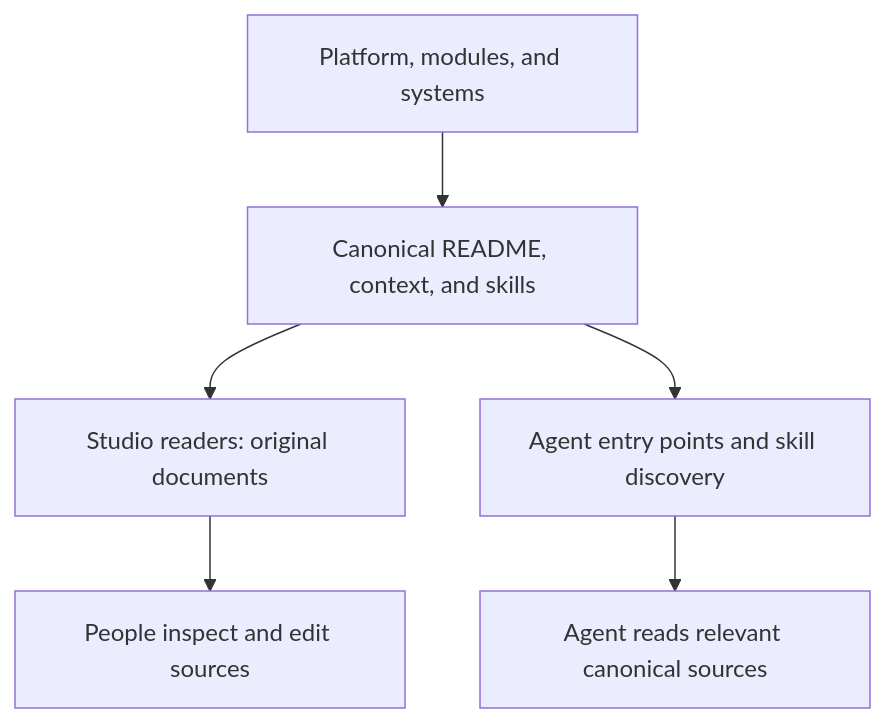
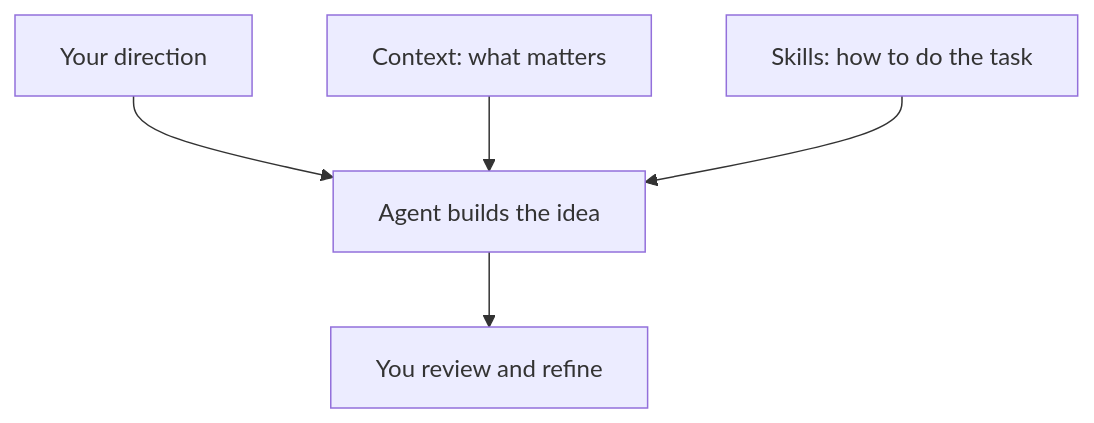
One commit to itspatmorgan/design-studio-starter changed the diagram in src/modules/documentation/pages/agent-context.md. Above: the diagram before and after it, drawn with Mermaid. The commit also changed other lines of this file and 6 other files, not shown here.

Commit message:
Write agent guidance for designers and product managers

````diff
--- a/src/modules/documentation/pages/agent-context.md
+++ b/src/modules/documentation/pages/agent-context.md
@@ -33,10 +19,9 @@
 ```mermaid
 flowchart TD
-  accTitle: One authored source with several consumers
-  accDescr: Platform, modules, and systems own canonical README, context, and skill files. Human readers and agent discovery use those sources without creating independently authored copies.
-  owners[Platform, modules, and systems] --> sources[Canonical README, context, and skills]
-  sources --> browser[Studio readers: original documents]
-  sources --> routes[Agent entry points and skill discovery]
-  browser --> people[People inspect and edit sources]
-  routes --> agent[Agent reads relevant canonical sources]
+  accTitle: Your direction, context, and skills guide the work
+  accDescr: You describe the result you want. Product context helps the agent make design decisions, and skills help it carry out the task. You review the resulting work.
+  direction[Your direction] --> agent[Agent builds the idea]
+  context[Context: what matters] --> agent
+  skills[Skills: how to do the task] --> agent
+  agent --> review[You review and refine]
 ```
````
